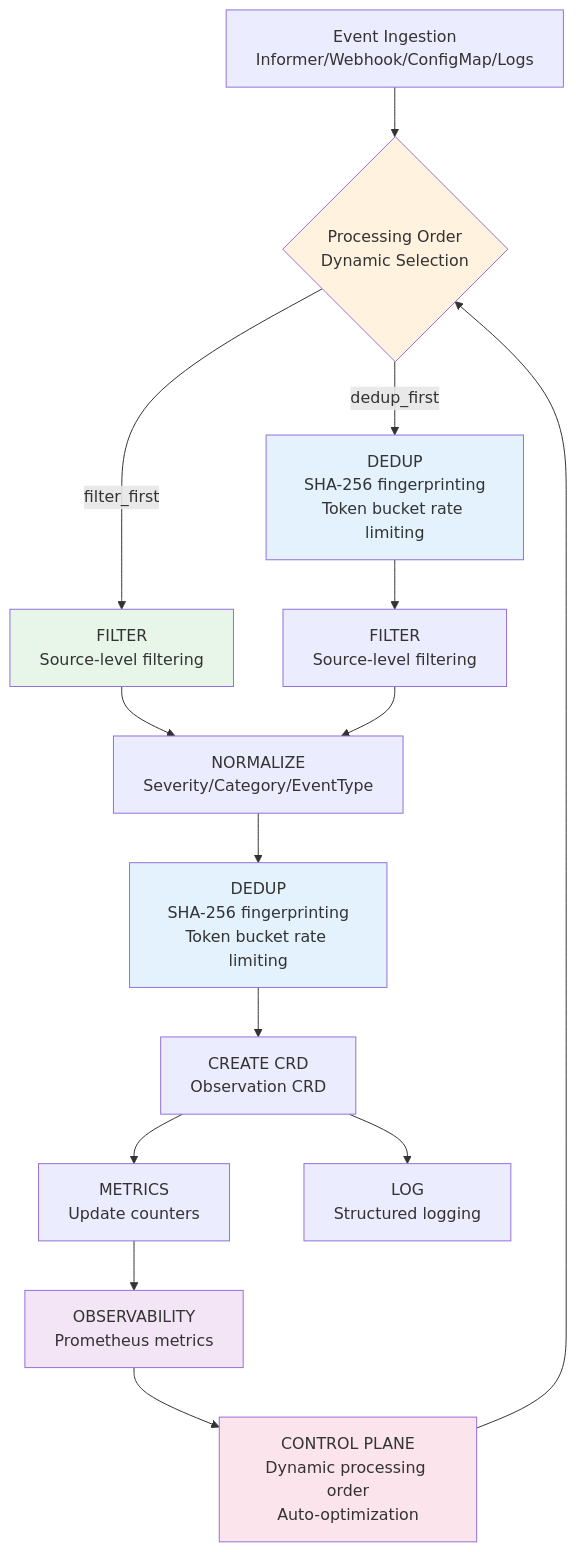
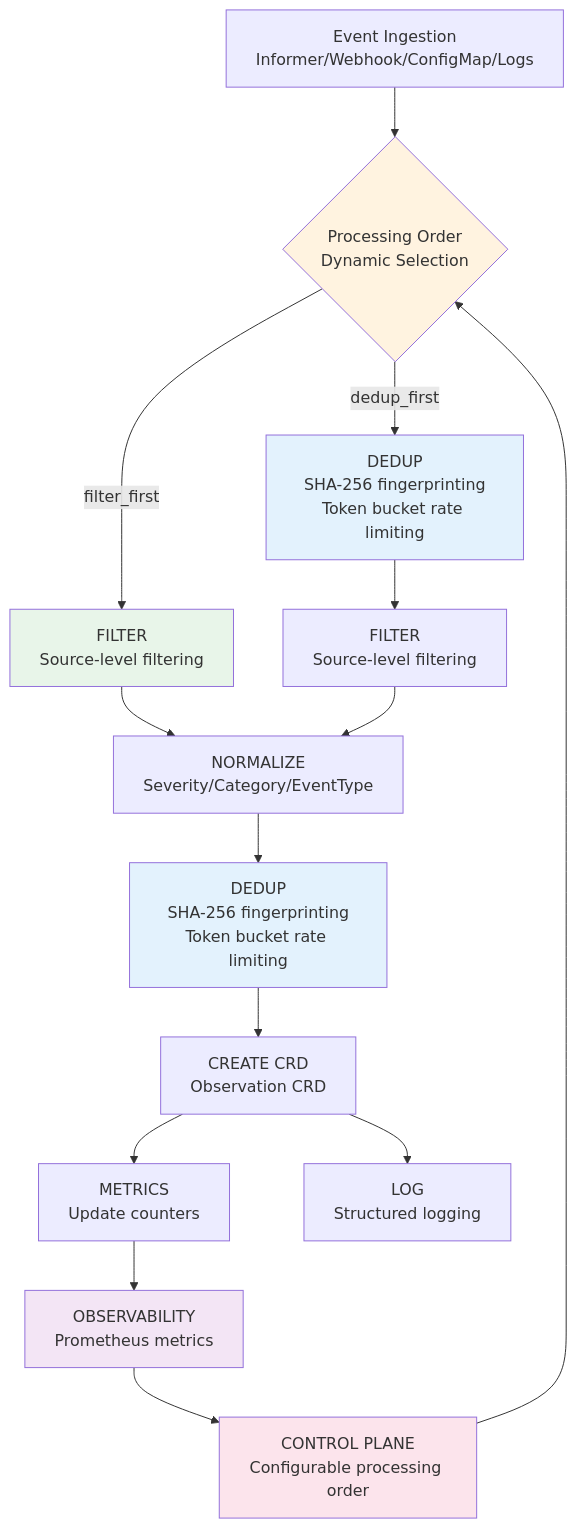
Before and after one commit to kube-zen/zen-watcher: the diagram in docs/INTELLIGENT_EVENT_PIPELINE.md, drawn with Mermaid. The commit also changed other lines of this file and 74 other files, not shown here.

````diff
--- a/docs/INTELLIGENT_EVENT_PIPELINE.md
+++ b/docs/INTELLIGENT_EVENT_PIPELINE.md
@@ -15,25 +15,25 @@
 ```mermaid
 graph TD
     A[Event Ingestion<br/>Informer/Webhook/ConfigMap/Logs] --> B{Processing Order<br/>Dynamic Selection}
     B -->|filter_first| C[FILTER<br/>Source-level filtering]
     C --> D[NORMALIZE<br/>Severity/Category/EventType]
     D --> E[DEDUP<br/>SHA-256 fingerprinting<br/>Token bucket rate limiting]
     E --> F[CREATE CRD<br/>Observation CRD]
     F --> G[METRICS<br/>Update counters]
     F --> H[LOG<br/>Structured logging]
     
     B -->|dedup_first| I[DEDUP<br/>SHA-256 fingerprinting<br/>Token bucket rate limiting]
     I --> J[FILTER<br/>Source-level filtering]
     J --> D
     
     G --> K[OBSERVABILITY<br/>Prometheus metrics]
-    K --> L[CONTROL PLANE<br/>Dynamic processing order<br/>Auto-optimization]
+    K --> L[CONTROL PLANE<br/>Configurable processing order]
     L --> B
     
     style B fill:#fff3e0
     style C fill:#e8f5e9
     style E fill:#e3f2fd
     style I fill:#e3f2fd
     style K fill:#f3e5f5
     style L fill:#fce4ec
 ```
````
